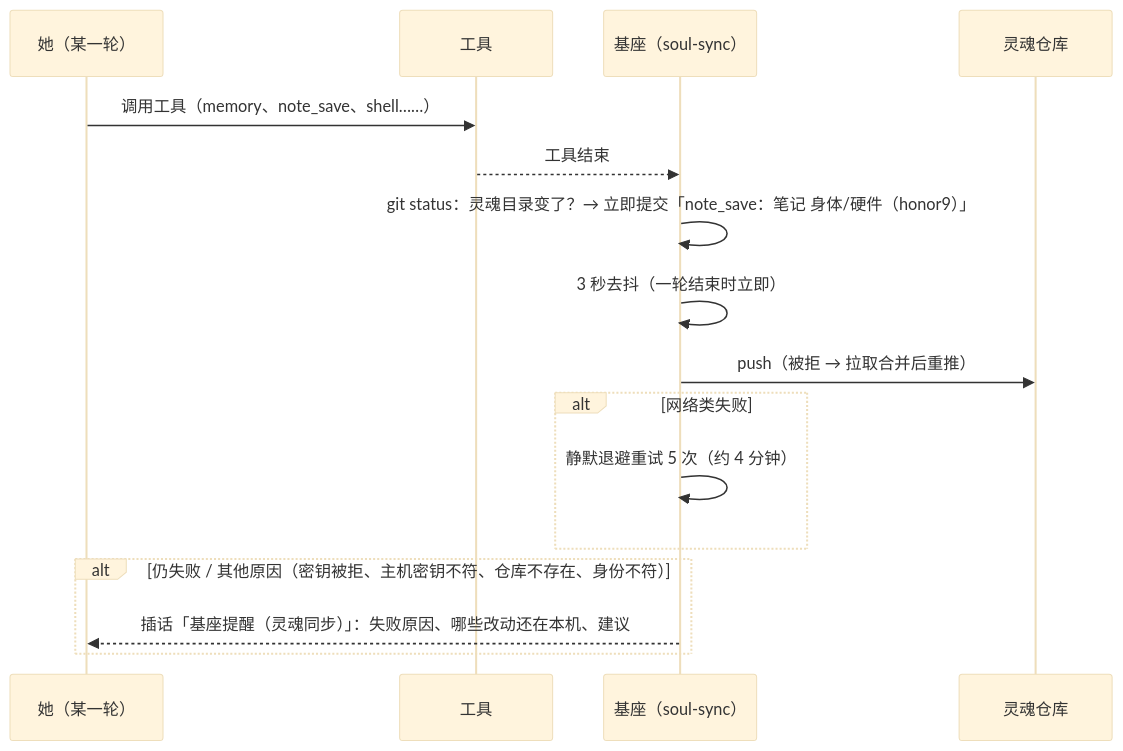
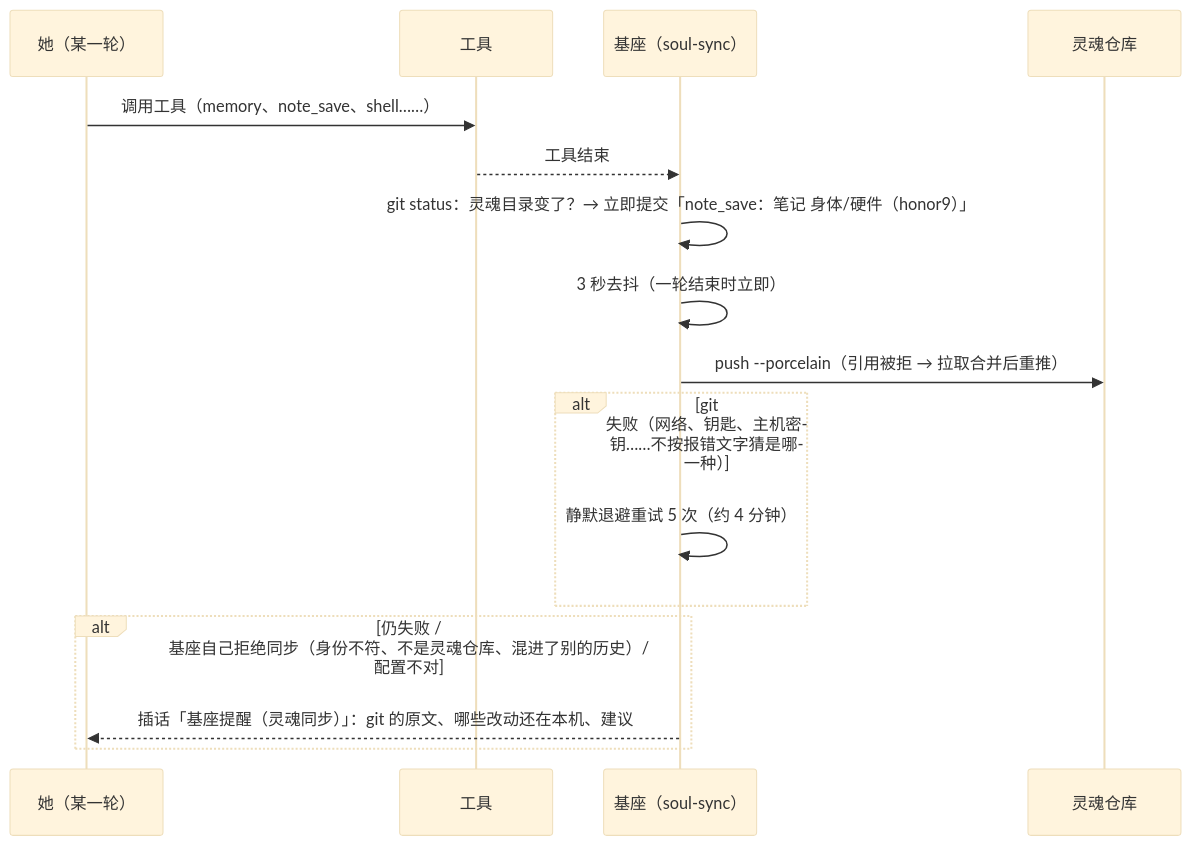
One commit to Causally-XYZ/Project.Quetzal changed the third of 3 diagrams in docs/SOUL_SYNC.md. Above: the diagram before and after it, drawn with Mermaid (base theme). The commit also changed other lines of this file and 70 other files, not shown here.

````diff
--- a/docs/SOUL_SYNC.md
+++ b/docs/SOUL_SYNC.md
@@ -70,18 +70,18 @@
 ```mermaid
 sequenceDiagram
   participant A as 她（某一轮）
   participant T as 工具
   participant S as 基座（soul-sync）
   participant R as 灵魂仓库
   A->>T: 调用工具（memory、note_save、shell……）
   T-->>S: 工具结束
   S->>S: git status：灵魂目录变了？→ 立即提交「note_save：笔记 身体/硬件（honor9）」
   S->>S: 3 秒去抖（一轮结束时立即）
-  S->>R: push（被拒 → 拉取合并后重推）
-  alt 网络类失败
+  S->>R: push --porcelain（引用被拒 → 拉取合并后重推）
+  alt git 失败（网络、钥匙、主机密钥……不按报错文字猜是哪一种）
     S->>S: 静默退避重试 5 次（约 4 分钟）
   end
-  alt 仍失败 / 其他原因（密钥被拒、主机密钥不符、仓库不存在、身份不符）
-    S-->>A: 插话「基座提醒（灵魂同步）」：失败原因、哪些改动还在本机、建议
+  alt 仍失败 / 基座自己拒绝同步（身份不符、不是灵魂仓库、混进了别的历史）/ 配置不对
+    S-->>A: 插话「基座提醒（灵魂同步）」：git 的原文、哪些改动还在本机、建议
   end
 ```
````
